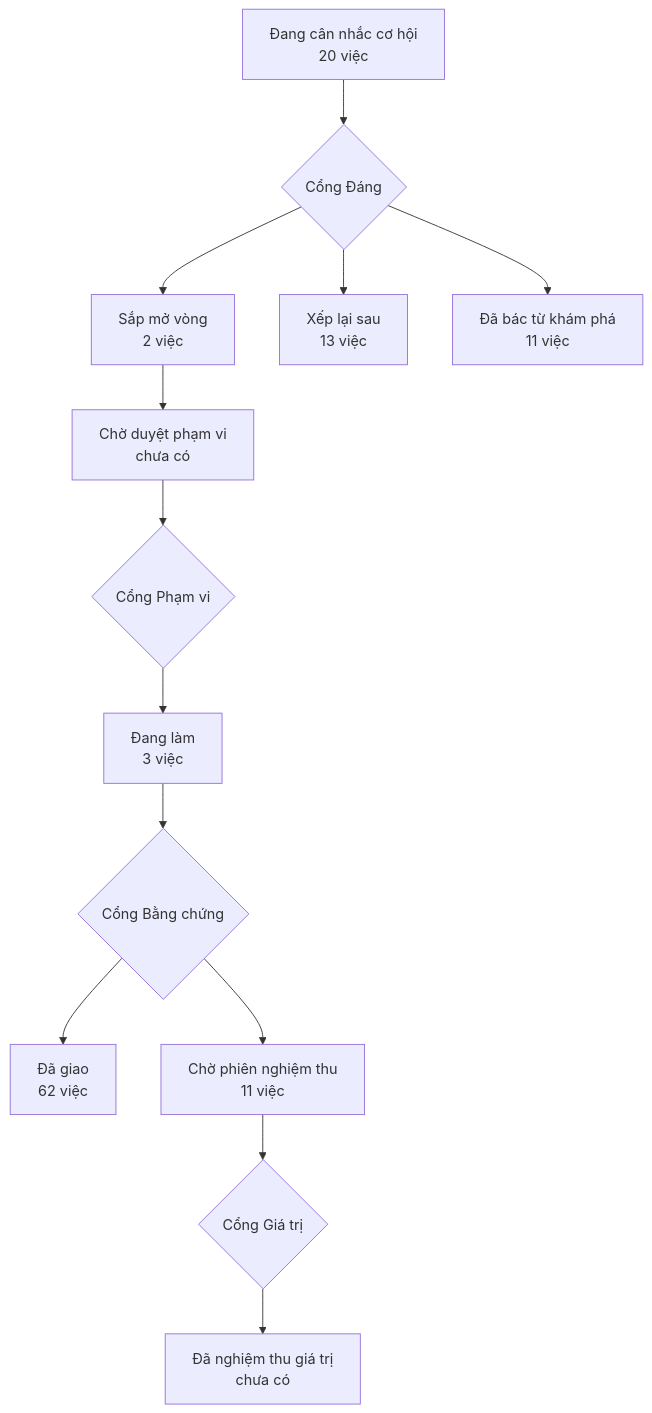
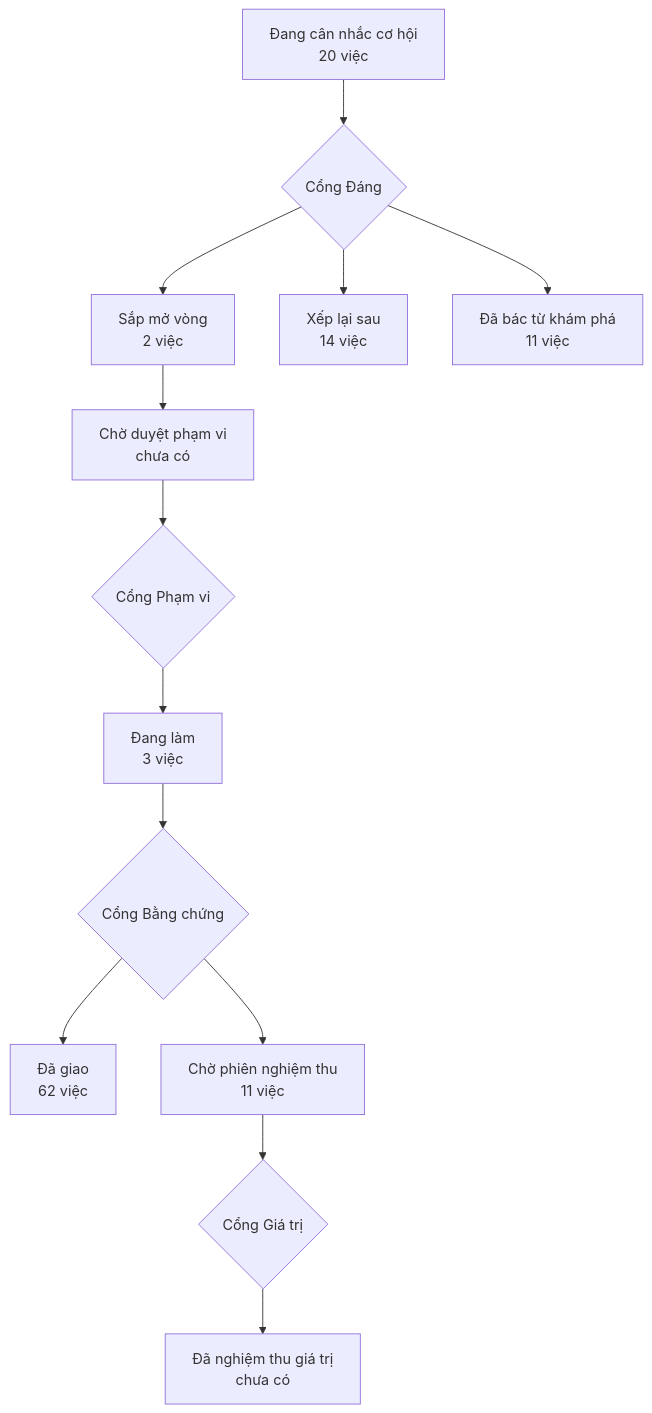
One commit to phanlemanh/acceptance-gate-kit changed the diagram in PRODUCT-MAP.md. Above: the diagram before and after it, drawn with Mermaid. The commit also changed other lines of this file and 14 other files, not shown here.

````diff
--- a/PRODUCT-MAP.md
+++ b/PRODUCT-MAP.md
@@ -6,12 +6,12 @@
 ```mermaid
 flowchart TD
   A["Đang cân nhắc cơ hội<br/>20 việc"] --> GD{"Cổng Đáng"}
   GD --> B["Sắp mở vòng<br/>2 việc"]
-  GD --> XL["Xếp lại sau<br/>13 việc"]
+  GD --> XL["Xếp lại sau<br/>14 việc"]
   GD --> DB["Đã bác từ khám phá<br/>11 việc"]
   B --> CD["Chờ duyệt phạm vi<br/>chưa có"] --> GP{"Cổng Phạm vi"}
   GP --> DL["Đang làm<br/>3 việc"] --> GB{"Cổng Bằng chứng"}
   GB --> DG["Đã giao<br/>62 việc"]
   GB --> CN["Chờ phiên nghiệm thu<br/>11 việc"] --> GG{"Cổng Giá trị"}
   GG --> NT["Đã nghiệm thu giá trị<br/>chưa có"]
 ```
````
